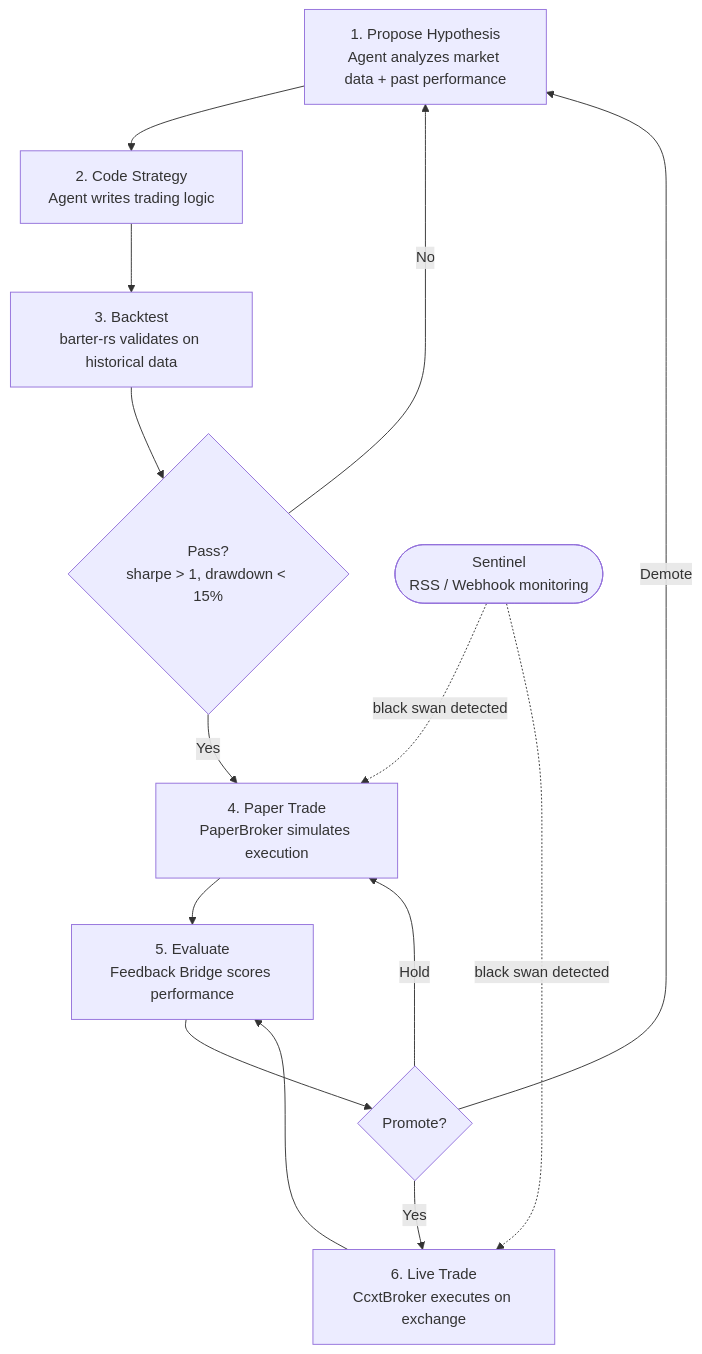
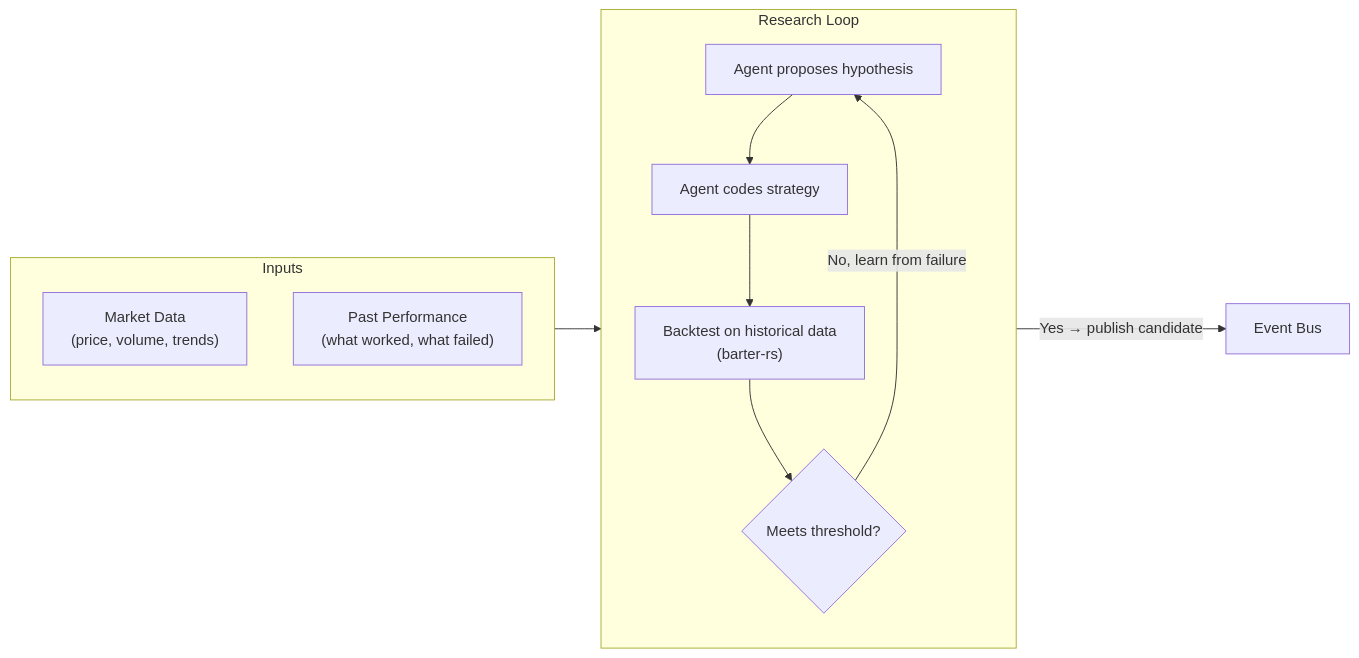
Before and after one commit to rararulab/rara-trading: the second of 5 diagrams in README.md, drawn with Mermaid. The commit also changed other lines of this file, not shown here.

First line of the commit message:
docs: redesign readme with per-component loop diagrams (#28)

````diff
--- a/README.md
+++ b/README.md
@@ -9,16 +63,18 @@
 ```mermaid
-graph TD
-    A["1. Propose Hypothesis<br/>Agent analyzes market data + past performance"] --> B["2. Code Strategy<br/>Agent writes trading logic"]
-    B --> C["3. Backtest<br/>barter-rs validates on historical data"]
-    C --> D{"Pass?<br/>sharpe > 1, drawdown < 15%"}
-    D -->|No| A
-    D -->|Yes| E["4. Paper Trade<br/>PaperBroker simulates execution"]
-    E --> F["5. Evaluate<br/>Feedback Bridge scores performance"]
-    F --> G{"Promote?"}
-    G -->|Yes| H["6. Live Trade<br/>CcxtBroker executes on exchange"]
-    G -->|Hold| E
-    G -->|Demote| A
-    H --> F
+flowchart LR
+    subgraph inputs["Inputs"]
+        M["Market Data<br/>(price, volume, trends)"]
+        F["Past Performance<br/>(what worked, what failed)"]
+    end
 
-    I(["Sentinel<br/>RSS / Webhook monitoring"]) -.->|black swan detected| E & H
+    subgraph loop["Research Loop"]
+        direction TB
+        H["Agent proposes hypothesis"] --> C["Agent codes strategy"]
+        C --> B["Backtest on historical data<br/>(barter-rs)"]
+        B --> E{"Meets threshold?"}
+        E -->|No, learn from failure| H
+    end
+
+    inputs --> loop
+    E -->|"Yes → publish candidate"| OUT["Event Bus"]
 ```
````
